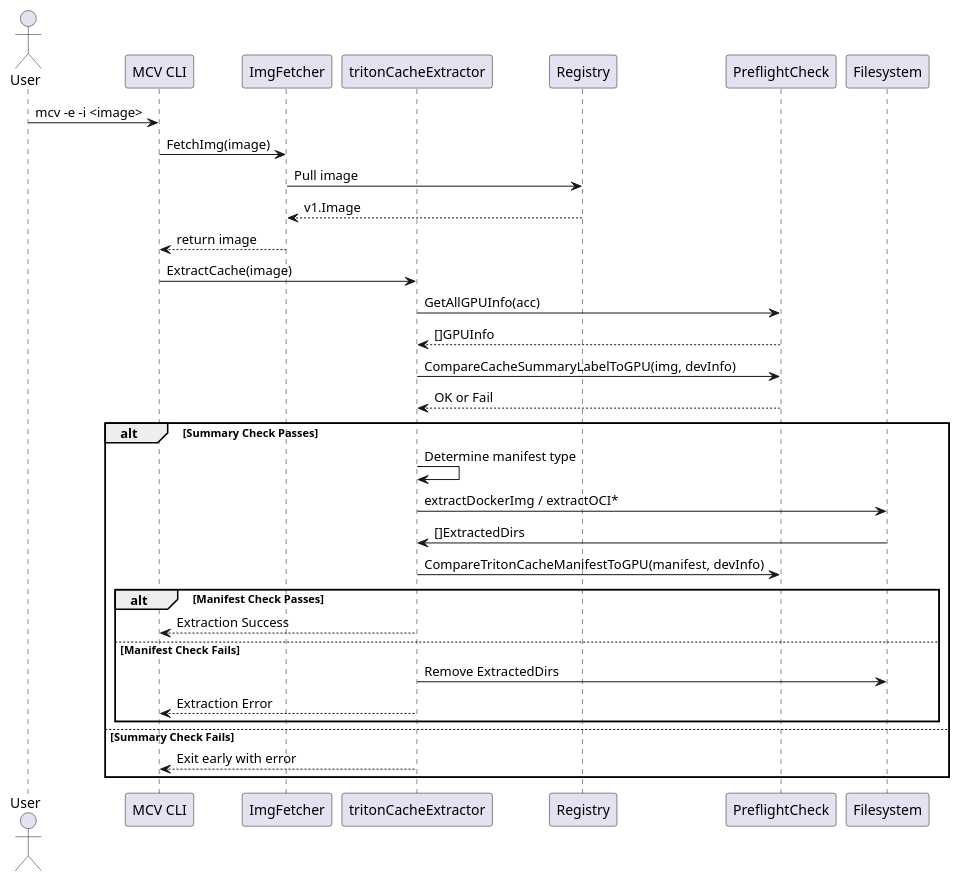
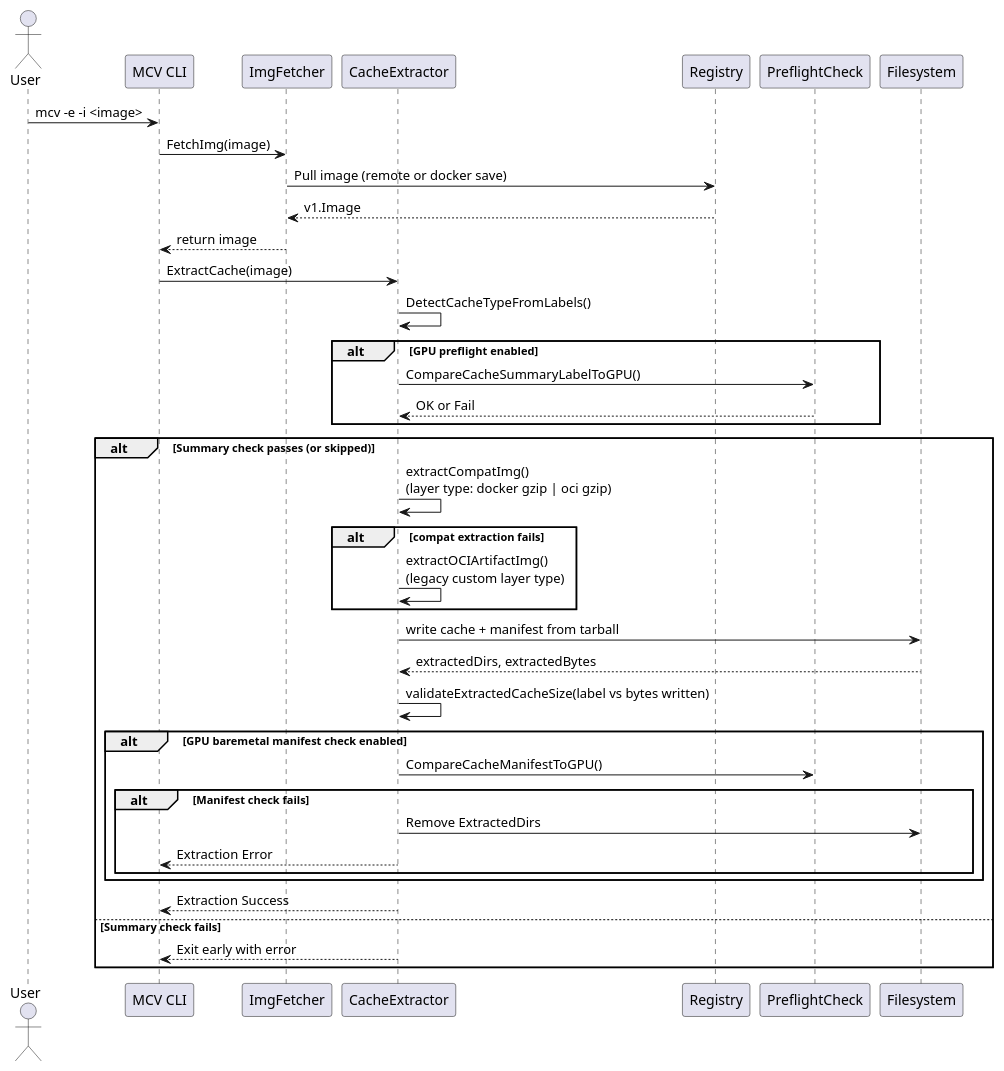
Before and after one commit to redhat-et/GKM: the diagram in mcv/docs/puml/extract.puml, drawn with PlantUML. The commit also changed 5 other files, not shown here.

First line of the commit message:
Update compat cache spec to match extract behavior.

```diff
--- a/mcv/docs/puml/extract.puml
+++ b/mcv/docs/puml/extract.puml
@@ -1,38 +1,43 @@
 @startuml
 actor User
 participant "MCV CLI" as CLI
 participant "ImgFetcher" as Fetcher
-participant "tritonCacheExtractor" as Extractor
+participant "CacheExtractor" as Extractor
 participant "Registry" as Registry
 participant "PreflightCheck" as Check
 participant "Filesystem" as FS
 
 User -> CLI : mcv -e -i <image>
 CLI -> Fetcher : FetchImg(image)
-Fetcher -> Registry : Pull image
+Fetcher -> Registry : Pull image (remote or docker save)
 Registry --> Fetcher : v1.Image
 Fetcher --> CLI : return image
 
 CLI -> Extractor : ExtractCache(image)
-Extractor -> Check : GetAllGPUInfo(acc)
-Check --> Extractor : []GPUInfo
+Extractor -> Extractor : DetectCacheTypeFromLabels()
 
-Extractor -> Check : CompareCacheSummaryLabelToGPU(img, devInfo)
-Check --> Extractor : OK or Fail
+alt GPU preflight enabled
+    Extractor -> Check : CompareCacheSummaryLabelToGPU()
+    Check --> Extractor : OK or Fail
+end
 
-alt Summary Check Passes
-    Extractor -> Extractor : Determine manifest type
-    Extractor -> FS : extractDockerImg / extractOCI*
-
-    FS -> Extractor : []ExtractedDirs
-    Extractor -> Check : CompareTritonCacheManifestToGPU(manifest, devInfo)
-    alt Manifest Check Passes
-        Extractor --> CLI : Extraction Success
-    else Manifest Check Fails
-        Extractor -> FS : Remove ExtractedDirs
-        Extractor --> CLI : Extraction Error
+alt Summary check passes (or skipped)
+    Extractor -> Extractor : extractCompatImg()\n(layer type: docker gzip | oci gzip)
+    alt compat extraction fails
+        Extractor -> Extractor : extractOCIArtifactImg()\n(legacy custom layer type)
     end
-else Summary Check Fails
+    Extractor -> FS : write cache + manifest from tarball
+    FS --> Extractor : extractedDirs, extractedBytes
+    Extractor -> Extractor : validateExtractedCacheSize(label vs bytes written)
+    alt GPU baremetal manifest check enabled
+        Extractor -> Check : CompareCacheManifestToGPU()
+        alt Manifest check fails
+            Extractor -> FS : Remove ExtractedDirs
+            Extractor --> CLI : Extraction Error
+        end
+    end
+    Extractor --> CLI : Extraction Success
+else Summary check fails
     Extractor --> CLI : Exit early with error
 end
 @enduml
```
